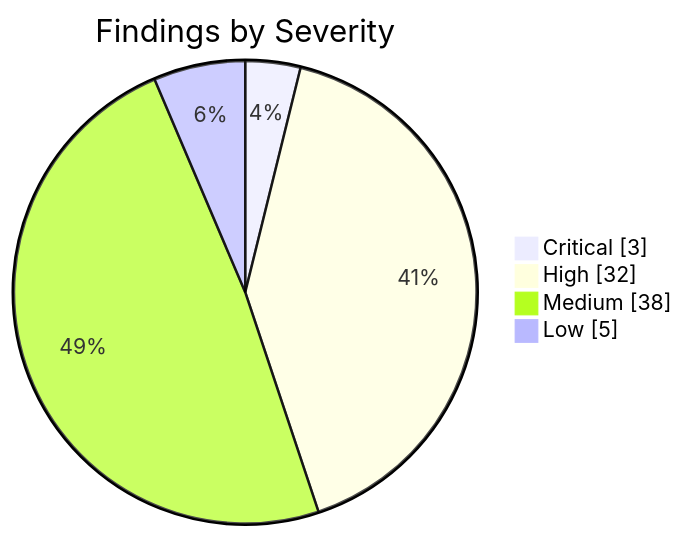
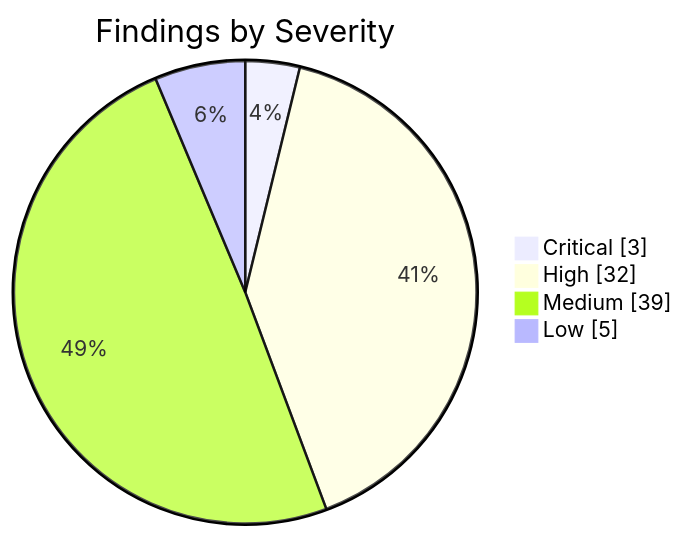
The first of 2 diagrams in apps/kbve/astro-kbve/src/content/docs/dashboard/security.mdx (KBVE/kbve), drawn with Mermaid before and after one commit. The commit also changed other lines of this file and 8 other files, not shown here.

````diff
--- a/apps/kbve/astro-kbve/src/content/docs/dashboard/security.mdx
+++ b/apps/kbve/astro-kbve/src/content/docs/dashboard/security.mdx
@@ -62,8 +62,8 @@
 ```mermaid
 pie showData
     title Findings by Severity
     "Critical" : 3
     "High" : 32
-    "Medium" : 38
+    "Medium" : 39
     "Low" : 5
 ```
````
